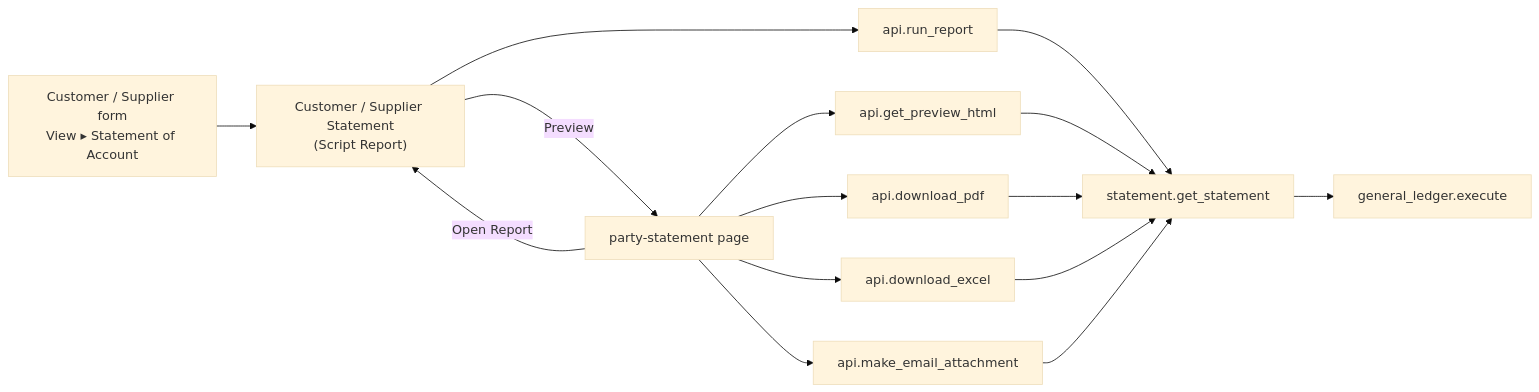
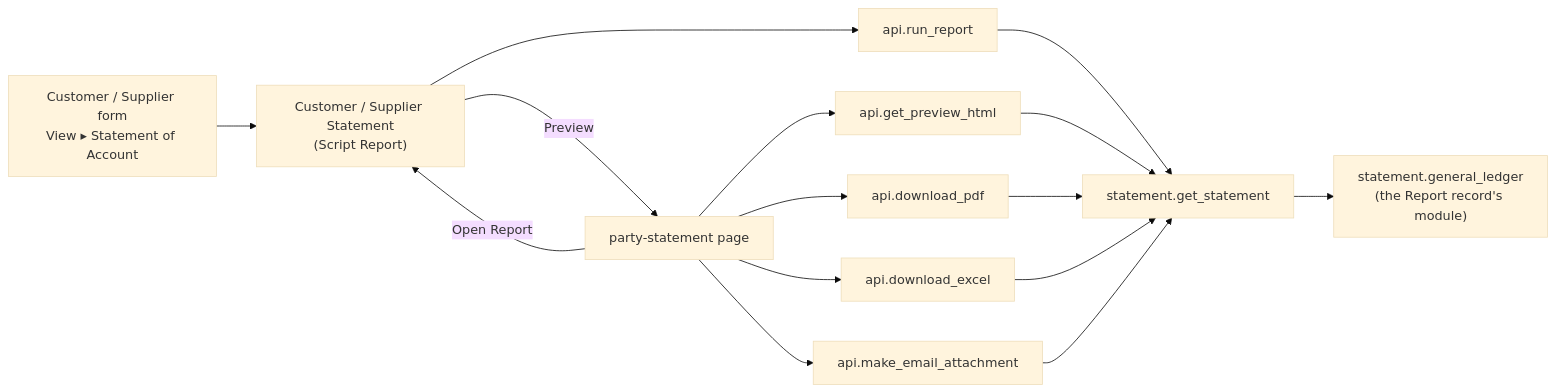
Before and after one commit to itsystematic/optima_payment: the diagram in docs/party-statement/reference.md, drawn with Mermaid (base theme). The commit also changed other lines of this file and 2 other files, not shown here.

Commit message:
docs(party-statement): describe the site's General Ledger and the Opening and Closing rows

````diff
--- a/docs/party-statement/reference.md
+++ b/docs/party-statement/reference.md
@@ -64,13 +70,13 @@
 ```mermaid
 flowchart LR
     form["Customer / Supplier form<br/>View ▸ Statement of Account"] --> report["Customer / Supplier Statement<br/>(Script Report)"]
     report -- Preview --> page["party-statement page"]
     page -- Open Report --> report
     report --> run["api.run_report"]
     page --> html["api.get_preview_html"]
     page --> pdf["api.download_pdf"]
     page --> xlsx["api.download_excel"]
     page --> mail["api.make_email_attachment"]
     run & html & pdf & xlsx & mail --> gs["statement.get_statement"]
-    gs --> gl["general_ledger.execute"]
+    gs --> gl["statement.general_ledger<br/>(the Report record's module)"]
 ```
````
